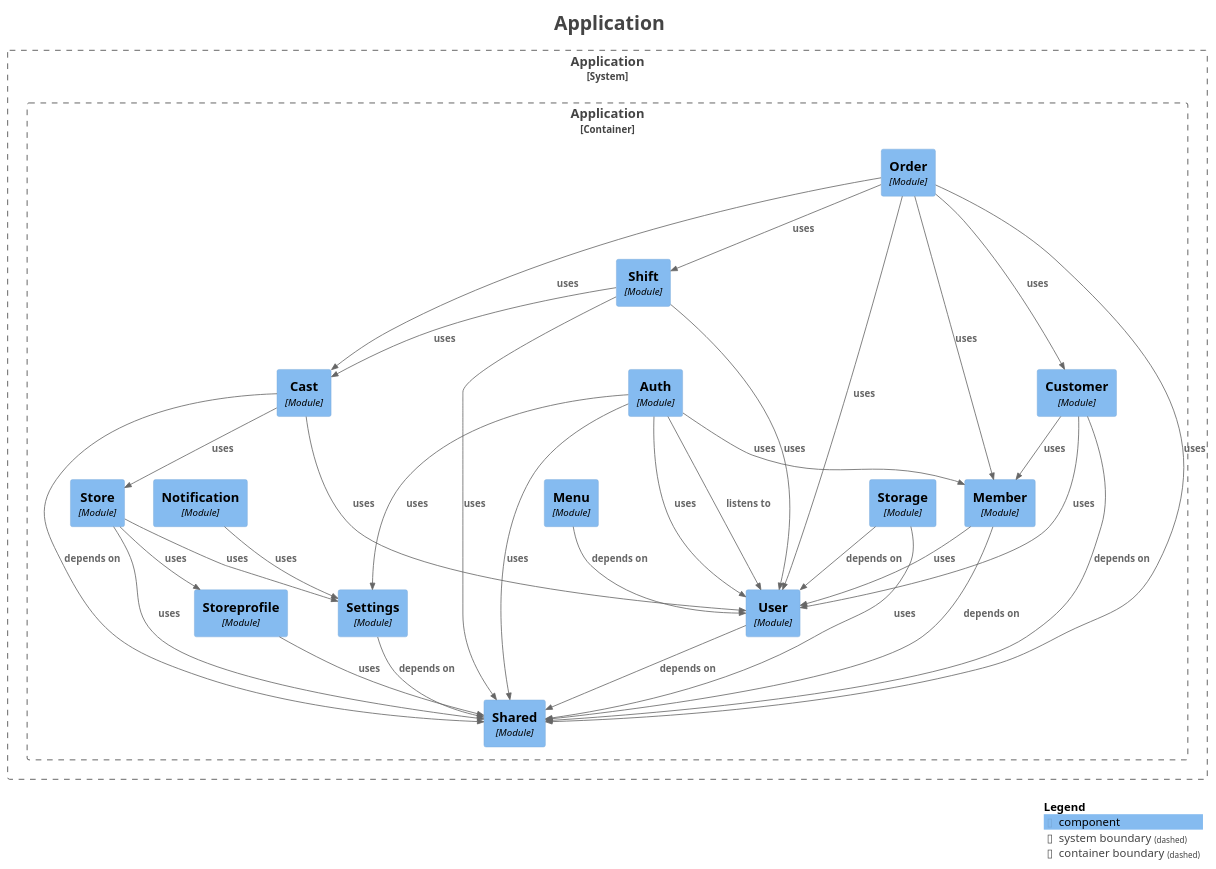
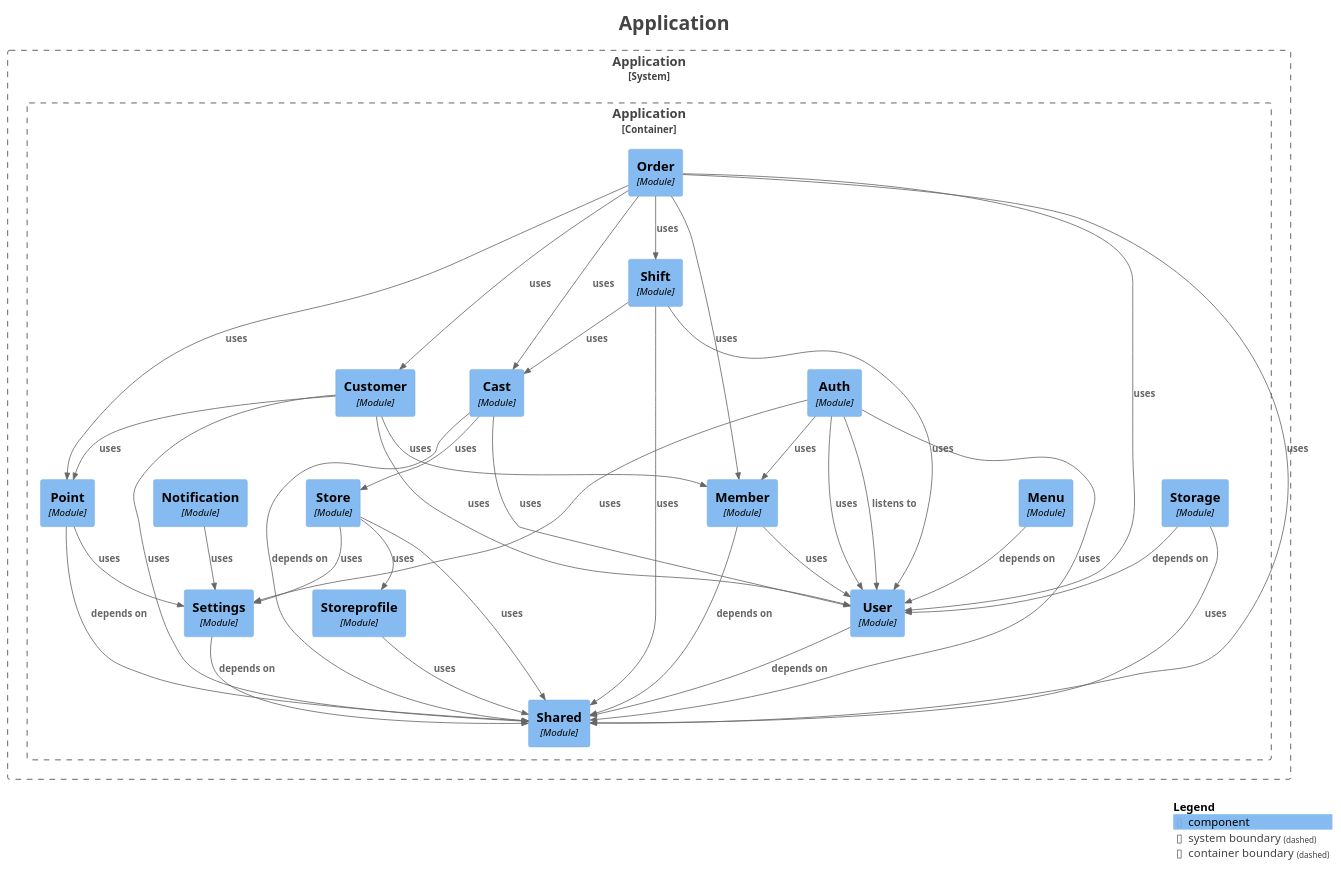
The diagram in backend/docs/modulith/components.puml (kanghouchao/Kizuna), drawn with PlantUML before and after one commit. The commit also changed 93 other files, not shown here.

```diff
--- a/backend/docs/modulith/components.puml
+++ b/backend/docs/modulith/components.puml
@@ -1,73 +1,78 @@
 @startuml
 title <size:24>Application</size>
 
 set separator none
 top to bottom direction
 
 <style>
   root {
     BackgroundColor: #ffffff
     FontColor: #444444
   }
 </style>
 
 !include <C4/C4>
 !include <C4/C4_Context>
 !include <C4/C4_Component>
 
 System_Boundary("Application_boundary", "Application", $tags="") {
   Container_Boundary("Application.Application_boundary", "Application", $tags="") {
+    Component(Application.Application.Point, "Point", $techn="Module", $descr="", $tags="", $link="")
     Component(Application.Application.Storage, "Storage", $techn="Module", $descr="", $tags="", $link="")
     Component(Application.Application.Store, "Store", $techn="Module", $descr="", $tags="", $link="")
     Component(Application.Application.Auth, "Auth", $techn="Module", $descr="", $tags="", $link="")
     Component(Application.Application.Cast, "Cast", $techn="Module", $descr="", $tags="", $link="")
     Component(Application.Application.Customer, "Customer", $techn="Module", $descr="", $tags="", $link="")
     Component(Application.Application.Shift, "Shift", $techn="Module", $descr="", $tags="", $link="")
     Component(Application.Application.Order, "Order", $techn="Module", $descr="", $tags="", $link="")
     Component(Application.Application.Shared, "Shared", $techn="Module", $descr="", $tags="", $link="")
     Component(Application.Application.Settings, "Settings", $techn="Module", $descr="", $tags="", $link="")
     Component(Application.Application.Storeprofile, "Storeprofile", $techn="Module", $descr="", $tags="", $link="")
     Component(Application.Application.User, "User", $techn="Module", $descr="", $tags="", $link="")
     Component(Application.Application.Member, "Member", $techn="Module", $descr="", $tags="", $link="")
     Component(Application.Application.Menu, "Menu", $techn="Module", $descr="", $tags="", $link="")
     Component(Application.Application.Notification, "Notification", $techn="Module", $descr="", $tags="", $link="")
   }
 
 }
 
-Rel(Application.Application.Settings, Application.Application.Shared, "depends on", $techn="", $tags="", $link="")
-Rel(Application.Application.User, Application.Application.Shared, "depends on", $techn="", $tags="", $link="")
-Rel(Application.Application.Notification, Application.Application.Settings, "uses", $techn="", $tags="", $link="")
-Rel(Application.Application.Store, Application.Application.Storeprofile, "uses", $techn="", $tags="", $link="")
-Rel(Application.Application.Store, Application.Application.Settings, "uses", $techn="", $tags="", $link="")
-Rel(Application.Application.Store, Application.Application.Shared, "uses", $techn="", $tags="", $link="")
+Rel(Application.Application.Menu, Application.Application.User, "depends on", $techn="", $tags="", $link="")
+Rel(Application.Application.Customer, Application.Application.Member, "uses", $techn="", $tags="", $link="")
+Rel(Application.Application.Customer, Application.Application.User, "uses", $techn="", $tags="", $link="")
+Rel(Application.Application.Customer, Application.Application.Point, "uses", $techn="", $tags="", $link="")
+Rel(Application.Application.Customer, Application.Application.Shared, "uses", $techn="", $tags="", $link="")
 Rel(Application.Application.Shift, Application.Application.User, "uses", $techn="", $tags="", $link="")
 Rel(Application.Application.Shift, Application.Application.Cast, "uses", $techn="", $tags="", $link="")
 Rel(Application.Application.Shift, Application.Application.Shared, "uses", $techn="", $tags="", $link="")
-Rel(Application.Application.Storeprofile, Application.Application.Shared, "uses", $techn="", $tags="", $link="")
-Rel(Application.Application.Storage, Application.Application.User, "depends on", $techn="", $tags="", $link="")
-Rel(Application.Application.Storage, Application.Application.Shared, "uses", $techn="", $tags="", $link="")
+Rel(Application.Application.Settings, Application.Application.Shared, "depends on", $techn="", $tags="", $link="")
+Rel(Application.Application.Member, Application.Application.Shared, "depends on", $techn="", $tags="", $link="")
+Rel(Application.Application.Member, Application.Application.User, "uses", $techn="", $tags="", $link="")
+Rel(Application.Application.User, Application.Application.Shared, "depends on", $techn="", $tags="", $link="")
 Rel(Application.Application.Auth, Application.Application.User, "listens to", $techn="", $tags="", $link="")
 Rel(Application.Application.Auth, Application.Application.User, "uses", $techn="", $tags="", $link="")
 Rel(Application.Application.Auth, Application.Application.Member, "uses", $techn="", $tags="", $link="")
 Rel(Application.Application.Auth, Application.Application.Shared, "uses", $techn="", $tags="", $link="")
 Rel(Application.Application.Auth, Application.Application.Settings, "uses", $techn="", $tags="", $link="")
-Rel(Application.Application.Menu, Application.Application.User, "depends on", $techn="", $tags="", $link="")
-Rel(Application.Application.Customer, Application.Application.Shared, "depends on", $techn="", $tags="", $link="")
-Rel(Application.Application.Customer, Application.Application.Member, "uses", $techn="", $tags="", $link="")
-Rel(Application.Application.Customer, Application.Application.User, "uses", $techn="", $tags="", $link="")
-Rel(Application.Application.Cast, Application.Application.Shared, "depends on", $techn="", $tags="", $link="")
-Rel(Application.Application.Cast, Application.Application.User, "uses", $techn="", $tags="", $link="")
-Rel(Application.Application.Cast, Application.Application.Store, "uses", $techn="", $tags="", $link="")
-Rel(Application.Application.Order, Application.Application.Cast, "uses", $techn="", $tags="", $link="")
+Rel(Application.Application.Storeprofile, Application.Application.Shared, "uses", $techn="", $tags="", $link="")
 Rel(Application.Application.Order, Application.Application.Customer, "uses", $techn="", $tags="", $link="")
 Rel(Application.Application.Order, Application.Application.User, "uses", $techn="", $tags="", $link="")
 Rel(Application.Application.Order, Application.Application.Member, "uses", $techn="", $tags="", $link="")
 Rel(Application.Application.Order, Application.Application.Shift, "uses", $techn="", $tags="", $link="")
 Rel(Application.Application.Order, Application.Application.Shared, "uses", $techn="", $tags="", $link="")
-Rel(Application.Application.Member, Application.Application.Shared, "depends on", $techn="", $tags="", $link="")
-Rel(Application.Application.Member, Application.Application.User, "uses", $techn="", $tags="", $link="")
+Rel(Application.Application.Order, Application.Application.Cast, "uses", $techn="", $tags="", $link="")
+Rel(Application.Application.Order, Application.Application.Point, "uses", $techn="", $tags="", $link="")
+Rel(Application.Application.Notification, Application.Application.Settings, "uses", $techn="", $tags="", $link="")
+Rel(Application.Application.Cast, Application.Application.Shared, "depends on", $techn="", $tags="", $link="")
+Rel(Application.Application.Cast, Application.Application.User, "uses", $techn="", $tags="", $link="")
+Rel(Application.Application.Cast, Application.Application.Store, "uses", $techn="", $tags="", $link="")
+Rel(Application.Application.Point, Application.Application.Shared, "depends on", $techn="", $tags="", $link="")
+Rel(Application.Application.Point, Application.Application.Settings, "uses", $techn="", $tags="", $link="")
+Rel(Application.Application.Store, Application.Application.Storeprofile, "uses", $techn="", $tags="", $link="")
+Rel(Application.Application.Store, Application.Application.Settings, "uses", $techn="", $tags="", $link="")
+Rel(Application.Application.Store, Application.Application.Shared, "uses", $techn="", $tags="", $link="")
+Rel(Application.Application.Storage, Application.Application.User, "depends on", $techn="", $tags="", $link="")
+Rel(Application.Application.Storage, Application.Application.Shared, "uses", $techn="", $tags="", $link="")
 
 SHOW_LEGEND(true)
 hide stereotypes
 @enduml
```
